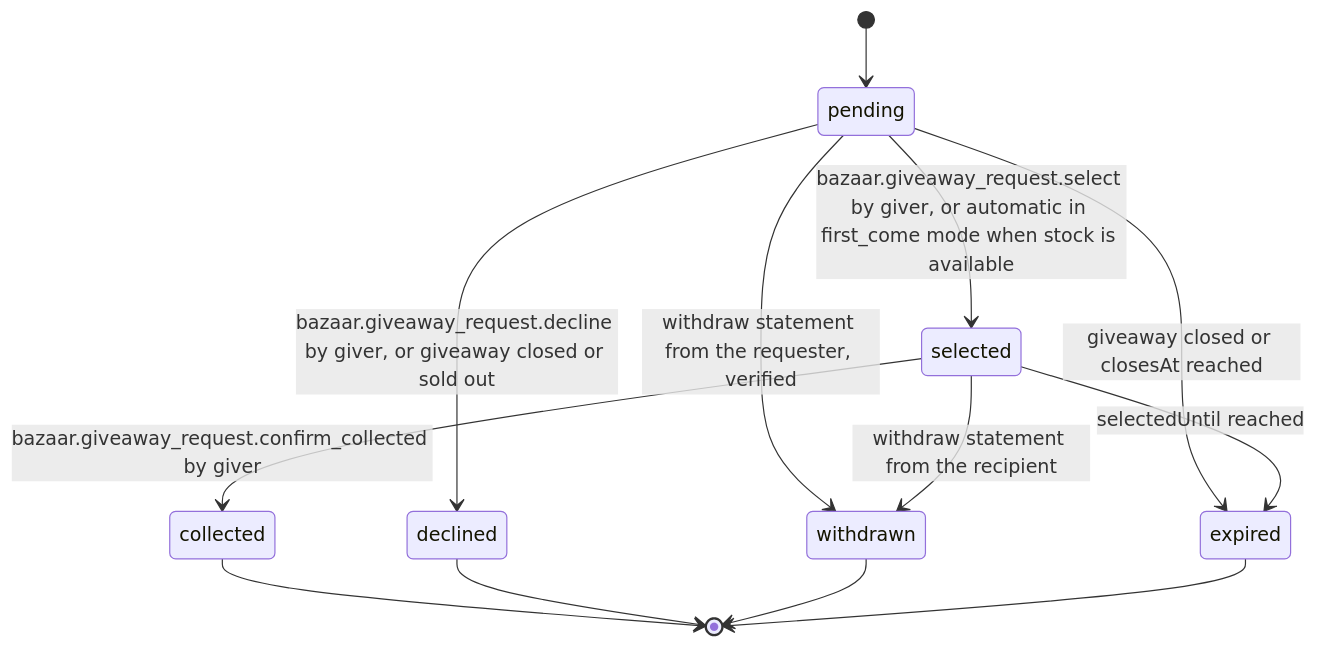
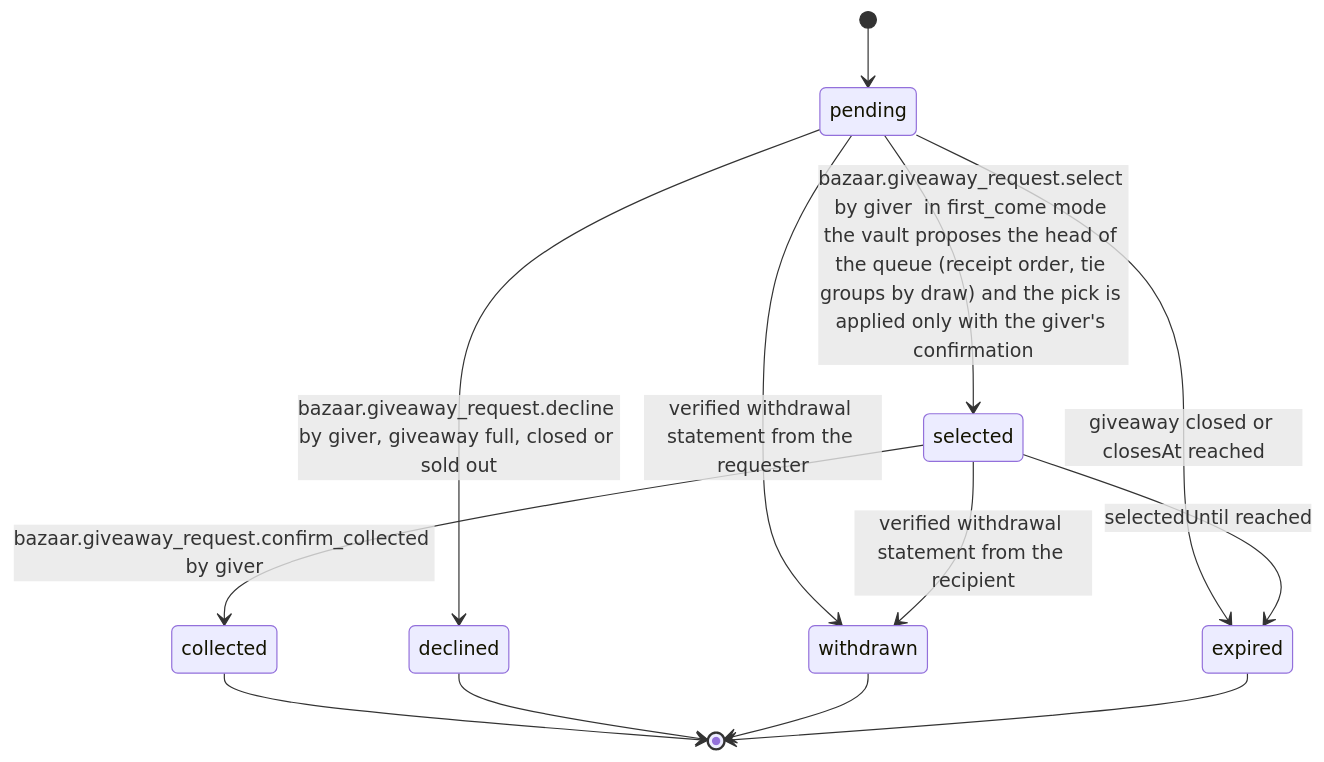
One commit to djshellshoxxx/CLASSifiedisRUPTed changed the first of 2 diagrams in 01_LocalBazaar/02_listing_types/mod_giveaway/workflow_state_machine.md. Above: the diagram before and after it, drawn with Mermaid. The commit also changed other lines of this file and 235 other files, not shown here.

````diff
--- a/01_LocalBazaar/02_listing_types/mod_giveaway/workflow_state_machine.md
+++ b/01_LocalBazaar/02_listing_types/mod_giveaway/workflow_state_machine.md
@@ -29,15 +31,15 @@
 ```mermaid
 stateDiagram-v2
   [*] --> pending
-  pending --> selected: bazaar.giveaway_request.select by giver, or automatic in first_come mode when stock is available
-  pending --> declined: bazaar.giveaway_request.decline by giver, or giveaway closed or sold out
-  pending --> withdrawn: withdraw statement from the requester, verified
+  pending --> selected: bazaar.giveaway_request.select by giver  in first_come mode the vault proposes the head of the queue (receipt order, tie groups by draw) and the pick is applied only with the giver's confirmation
+  pending --> declined: bazaar.giveaway_request.decline by giver, giveaway full, closed or sold out
+  pending --> withdrawn: verified withdrawal statement from the requester
   pending --> expired: giveaway closed or closesAt reached
   selected --> collected: bazaar.giveaway_request.confirm_collected by giver
-  selected --> withdrawn: withdraw statement from the recipient
+  selected --> withdrawn: verified withdrawal statement from the recipient
   selected --> expired: selectedUntil reached
   collected --> [*]
   declined --> [*]
   withdrawn --> [*]
   expired --> [*]
 ```
````
